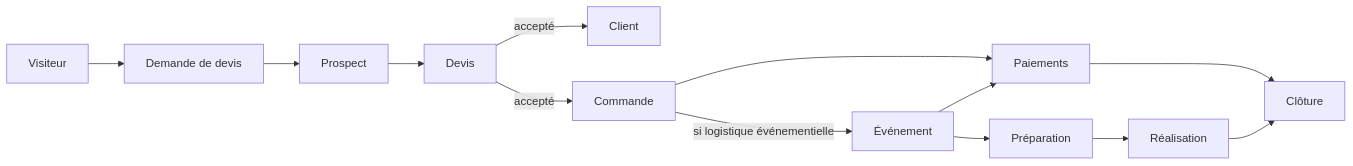
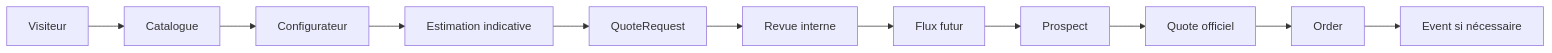
The diagram in docs/BUSINESS_FLOWS.md (sandjongalex/traiteur), drawn with Mermaid before and after one commit. The commit also changed other lines of this file, not shown here.

Commit message:
docs(quote-request): update business flow

````diff
--- a/docs/BUSINESS_FLOWS.md
+++ b/docs/BUSINESS_FLOWS.md
@@ -5,15 +5,13 @@
 ```mermaid
 flowchart LR
-  V[Visiteur] --> QR[Demande de devis]
-  QR --> P[Prospect]
-  P --> Q[Devis]
-  Q -->|accepté| C[Client]
-  Q -->|accepté| O[Commande]
-  O -->|si logistique événementielle| E[Événement]
-  E --> PREP[Préparation]
-  O --> PAY[Paiements]
-  E --> PAY
-  PREP --> EXEC[Réalisation]
-  PAY --> CLOSE[Clôture]
-  EXEC --> CLOSE
+  V[Visiteur] --> C[Catalogue]
+  C --> CFG[Configurateur]
+  CFG --> EST[Estimation indicative]
+  EST --> QR[QuoteRequest]
+  QR --> REV[Revue interne]
+  REV --> FUT[Flux futur]
+  FUT --> P[Prospect]
+  P --> Q[Quote officiel]
+  Q --> O[Order]
+  O --> E[Event si nécessaire]
 ```
````
